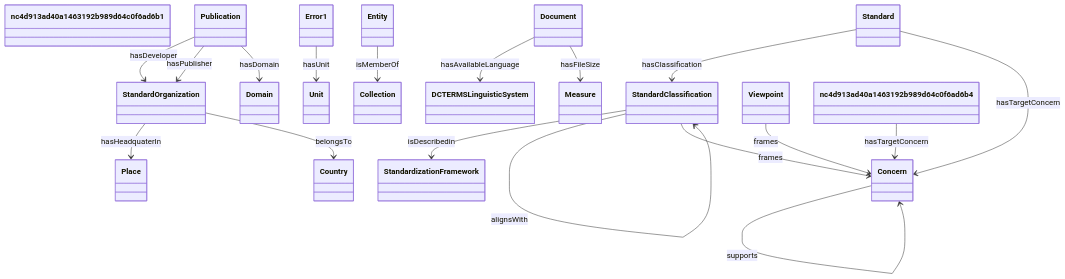
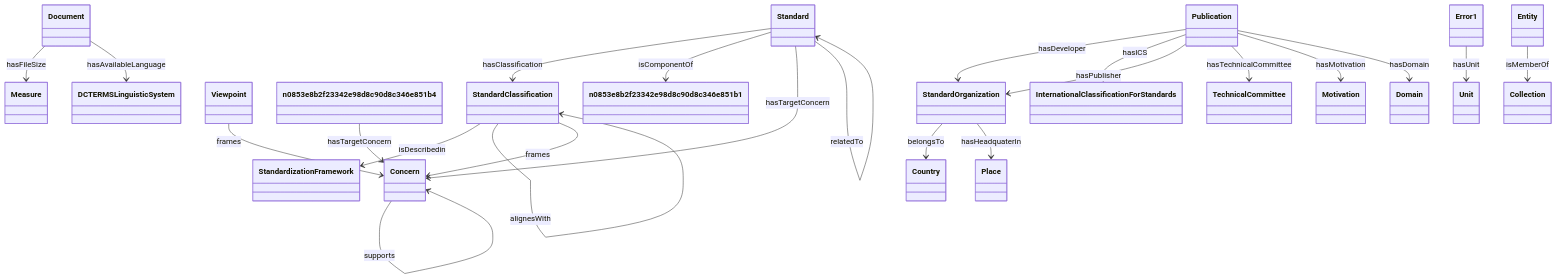
Before and after one commit to oeg-upm/Devos: the diagram in output/ieswc_freq/i40.ttl-freq-10.md, drawn with Mermaid. The commit also changed 315 other files, not shown here.

````diff
--- a/output/ieswc_freq/i40.ttl-freq-10.md
+++ b/output/ieswc_freq/i40.ttl-freq-10.md
@@ -2,11 +2,19 @@
 	classDiagram
 
     
+    class StandardClassification {
+    
+    }
+
+    class Publication {
+    
+    }
+
     class Concern {
     
     }
 
-    class StandardClassification {
+    class Standard {
     
     }
 
@@ -14,70 +22,72 @@
     
     }
 
-    class Unit {
+    class Document {
     
     }
 
-    class nc4d913ad40a1463192b989d64c0f6ad6b1 {
+    class Error1 {
     
     }
 
-    class Collection {
+    class Entity {
     
     }
 
-    class Country {
+    class Viewpoint {
     
     }
 
-    class DCTERMSLinguisticSystem {
-    
-    }
-
-    class Domain {
-    
-    }
-
-    class Measure {
+    class n0853e8b2f23342e98d8c90d8c346e851b4 {
     
     }
 
 
 
-StandardOrganization  --> Place   :hasHeadquaterIn  
+StandardClassification  --> StandardizationFramework   :isDescribedin  
 
 Publication  --> StandardOrganization   :hasDeveloper  
 
-Concern  --> Concern   :supports  
+StandardClassification  --> StandardClassification   :alignsWith  
 
-StandardClassification  --> StandardizationFramework   :isDescribedin  
+StandardOrganization  --> Country   :belongsTo  
+
+Document  --> Measure   :hasFileSize  
+
+Publication  --> InternationalClassificationForStandards   :hasICS  
+
+Publication  --> StandardOrganization   :hasPublisher  
 
 Document  --> DCTERMSLinguisticSystem   :hasAvailableLanguage  
 
-StandardClassification  --> StandardClassification   :alignesWith  
+Standard  --> StandardClassification   :hasClassification  
+
+Standard  --> n0853e8b2f23342e98d8c90d8c346e851b1   :isComponentOf  
+
+Standard  --> Concern   :hasTargetConcern  
+
+StandardOrganization  --> Place   :hasHeadquaterIn  
+
+Publication  --> TechnicalCommittee   :hasTechnicalCommittee  
+
+Publication  --> Motivation   :hasMotivation  
 
 Error1  --> Unit   :hasUnit  
 
-Standard  --> StandardClassification   :hasClassification  
+n0853e8b2f23342e98d8c90d8c346e851b4  --> Concern   :hasTargetConcern  
 
 Entity  --> Collection   :isMemberOf  
 
 Viewpoint  --> Concern   :frames  
 
-Standard  --> Concern   :hasTargetConcern  
-
-StandardOrganization  --> Country   :belongsTo  
-
-Publication  --> StandardOrganization   :hasPublisher  
+Standard  --> Standard   :relatedTo  
 
 StandardClassification  --> Concern   :frames  
 
 Publication  --> Domain   :hasDomain  
 
-StandardClassification  --> StandardClassification   :alignsWith  
+Concern  --> Concern   :supports  
 
-nc4d913ad40a1463192b989d64c0f6ad6b4  --> Concern   :hasTargetConcern  
-
-Document  --> Measure   :hasFileSize  
+StandardClassification  --> StandardClassification   :alignesWith  
 
 ```
````
